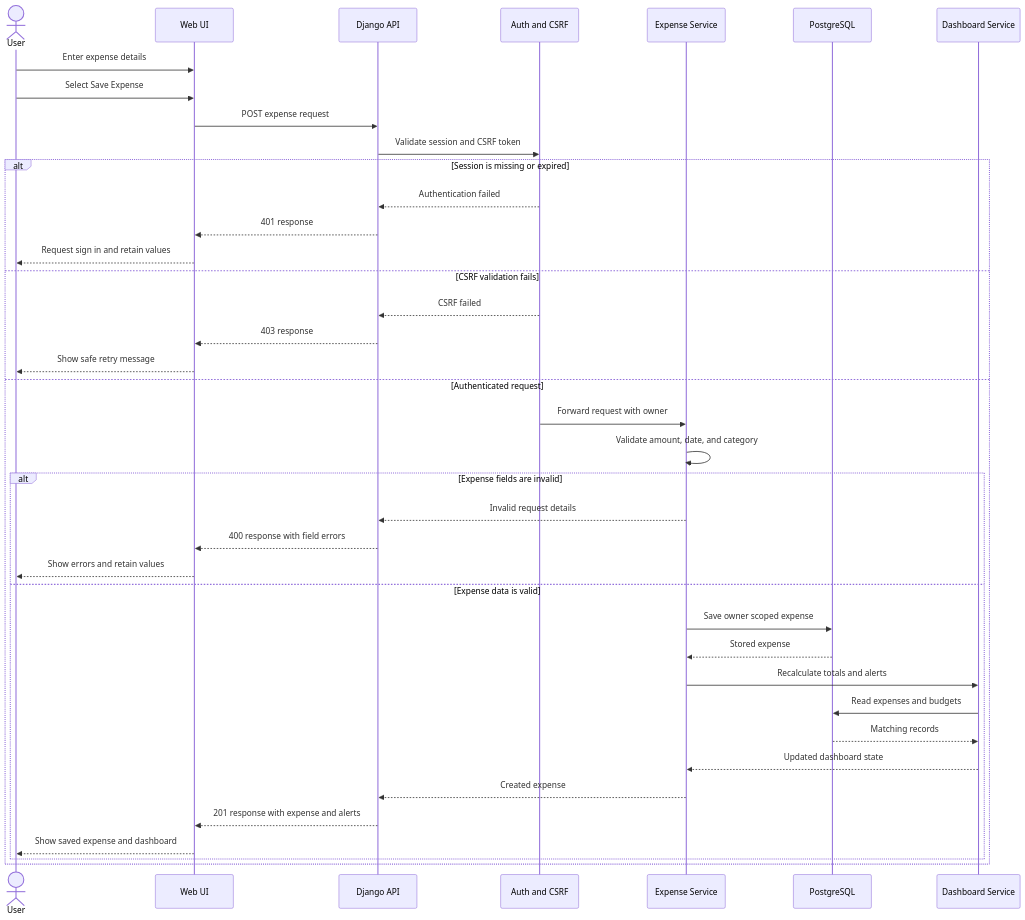
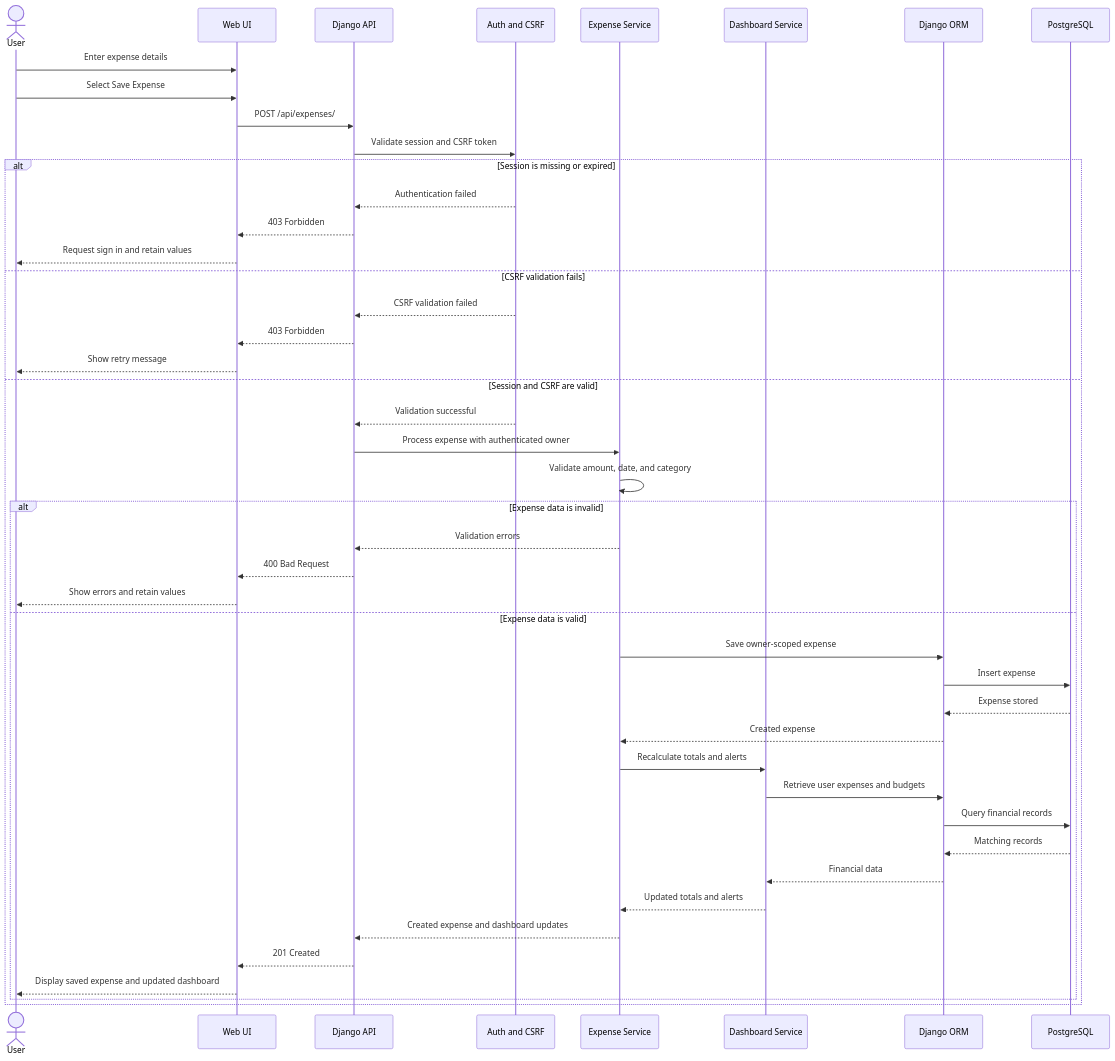
The diagram in docs/architecture/expense-entry-sequence.md (fatima448/ai-finance-assistant), drawn with Mermaid before and after one commit. The commit also changed 6 other files, not shown here.

Commit message:
update software architecture diagrams

````diff
--- a/docs/architecture/expense-entry-sequence.md
+++ b/docs/architecture/expense-entry-sequence.md
@@ -1,43 +1,57 @@
 ```mermaid
+
 sequenceDiagram
     actor User
     participant UI as Web UI
     participant API as Django API
     participant Auth as Auth and CSRF
     participant Expense as Expense Service
+    participant Dashboard as Dashboard Service
+    participant ORM as Django ORM
     participant DB as PostgreSQL
-    participant Dashboard as Dashboard Service
 
     User->>UI: Enter expense details
     User->>UI: Select Save Expense
-    UI->>API: POST expense request
+    UI->>API: POST /api/expenses/
     API->>Auth: Validate session and CSRF token
 
     alt Session is missing or expired
         Auth-->>API: Authentication failed
-        API-->>UI: 401 response
+        API-->>UI: 403 Forbidden
         UI-->>User: Request sign in and retain values
+
     else CSRF validation fails
-        Auth-->>API: CSRF failed
-        API-->>UI: 403 response
-        UI-->>User: Show safe retry message
-    else Authenticated request
-        Auth->>Expense: Forward request with owner
+        Auth-->>API: CSRF validation failed
+        API-->>UI: 403 Forbidden
+        UI-->>User: Show retry message
+
+    else Session and CSRF are valid
+        Auth-->>API: Validation successful
+        API->>Expense: Process expense with authenticated owner
         Expense->>Expense: Validate amount, date, and category
-        alt Expense fields are invalid
-            Expense-->>API: Invalid request details
-            API-->>UI: 400 response with field errors
+
+        alt Expense data is invalid
+            Expense-->>API: Validation errors
+            API-->>UI: 400 Bad Request
             UI-->>User: Show errors and retain values
+
         else Expense data is valid
-            Expense->>DB: Save owner scoped expense
-            DB-->>Expense: Stored expense
+            Expense->>ORM: Save owner-scoped expense
+            ORM->>DB: Insert expense
+            DB-->>ORM: Expense stored
+            ORM-->>Expense: Created expense
+
             Expense->>Dashboard: Recalculate totals and alerts
-            Dashboard->>DB: Read expenses and budgets
-            DB-->>Dashboard: Matching records
-            Dashboard-->>Expense: Updated dashboard state
-            Expense-->>API: Created expense
-            API-->>UI: 201 response with expense and alerts
-            UI-->>User: Show saved expense and dashboard
+            Dashboard->>ORM: Retrieve user expenses and budgets
+            ORM->>DB: Query financial records
+            DB-->>ORM: Matching records
+            ORM-->>Dashboard: Financial data
+            Dashboard-->>Expense: Updated totals and alerts
+
+            Expense-->>API: Created expense and dashboard updates
+            API-->>UI: 201 Created
+            UI-->>User: Display saved expense and updated dashboard
         end
     end
+
 ```
````
